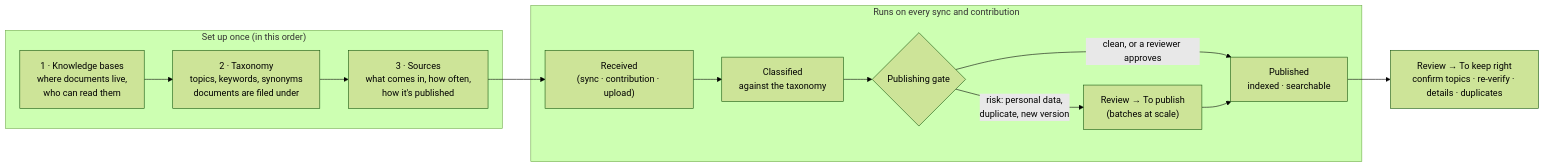
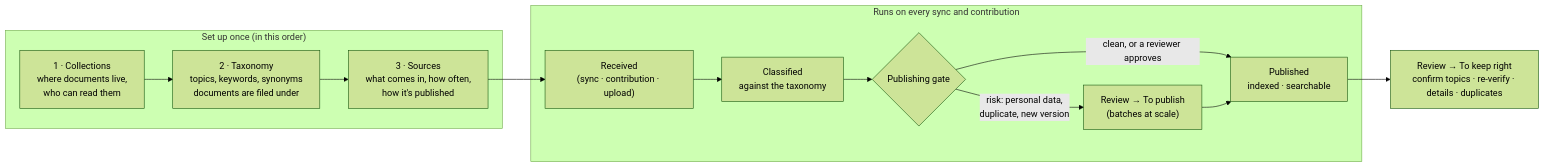
One commit to NguyenDuy1910/BoMesh changed the first of 2 diagrams in apps/ux_preview/docs/KNOWLEDGE_STUDIO.md. Above: the diagram before and after it, drawn with Mermaid (forest theme). The commit also changed other lines of this file and 429 other files, not shown here.

Commit message:
implement UXUI flow from ux preview

````diff
--- a/apps/ux_preview/docs/KNOWLEDGE_STUDIO.md
+++ b/apps/ux_preview/docs/KNOWLEDGE_STUDIO.md
@@ -9,14 +9,14 @@
 ```mermaid
 flowchart LR
   subgraph Setup["Set up once (in this order)"]
-    KB["1 · Knowledge bases<br/>where documents live,<br/>who can read them"] --> MD["2 · Taxonomy<br/>topics, keywords, synonyms<br/>documents are filed under"] --> SRC["3 · Sources<br/>what comes in, how often,<br/>how it's published"]
+    KB["1 · Collections<br/>where documents live,<br/>who can read them"] --> MD["2 · Taxonomy<br/>topics, keywords, synonyms<br/>documents are filed under"] --> SRC["3 · Sources<br/>what comes in, how often,<br/>how it's published"]
   end
   subgraph Flow["Runs on every sync and contribution"]
     IN["Received<br/>(sync · contribution · upload)"] --> CL["Classified<br/>against the taxonomy"] --> GATE{"Publishing gate"}
     GATE -->|clean, or a reviewer approves| PUB["Published<br/>indexed · searchable"]
     GATE -->|risk: personal data,<br/>duplicate, new version| RV["Review → To publish<br/>(batches at scale)"]
     RV --> PUB
   end
   SRC --> IN
   PUB --> Q["Review → To keep right<br/>confirm topics · re-verify · details · duplicates"]
 ```
````
